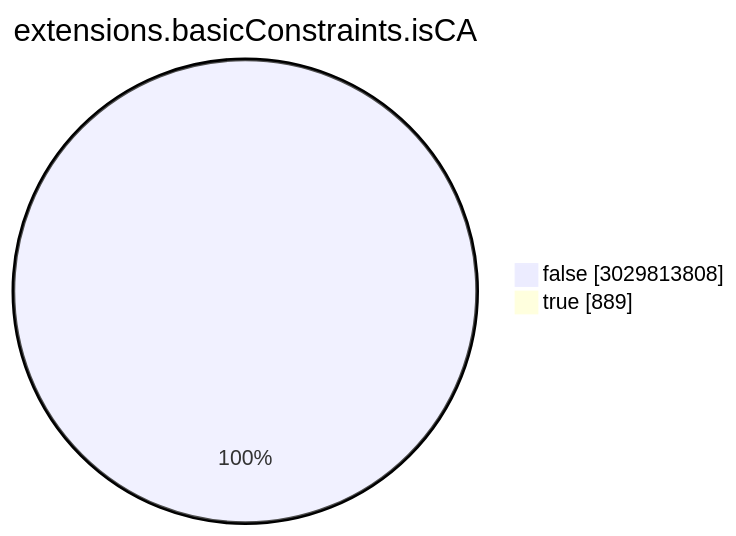
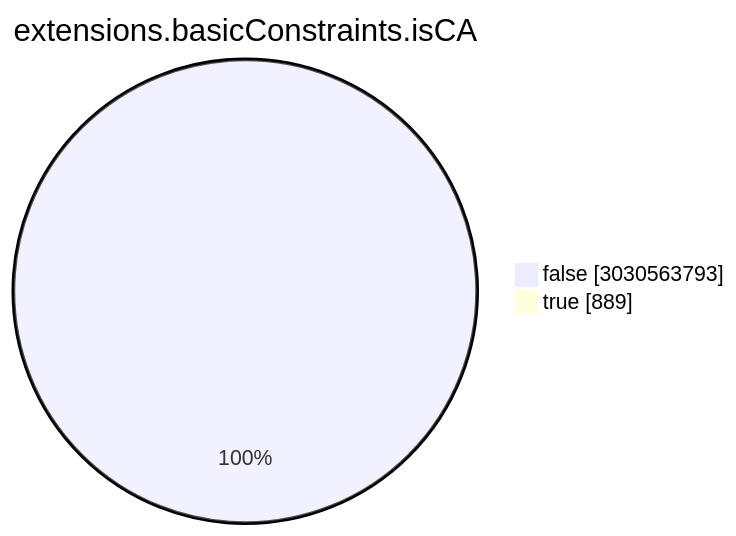
Before and after one commit to christiankrug/ctmonitor_visualization: the seventh of 15 diagrams in TOTAL/README.md, drawn with Mermaid. The commit also changed other lines of this file, not shown here.

````diff
--- a/TOTAL/README.md
+++ b/TOTAL/README.md
@@ -3086,6 +3086,6 @@
 ```mermaid
 pie showData
 title extensions.basicConstraints.isCA
-"false" :3029813808
+"false" :3030563793
 "true" :889
 ```
````
